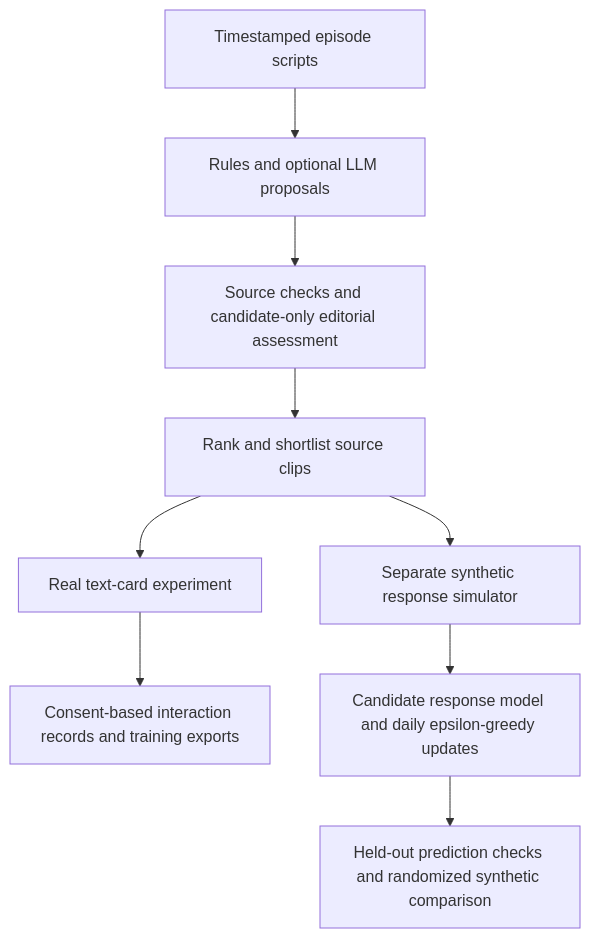
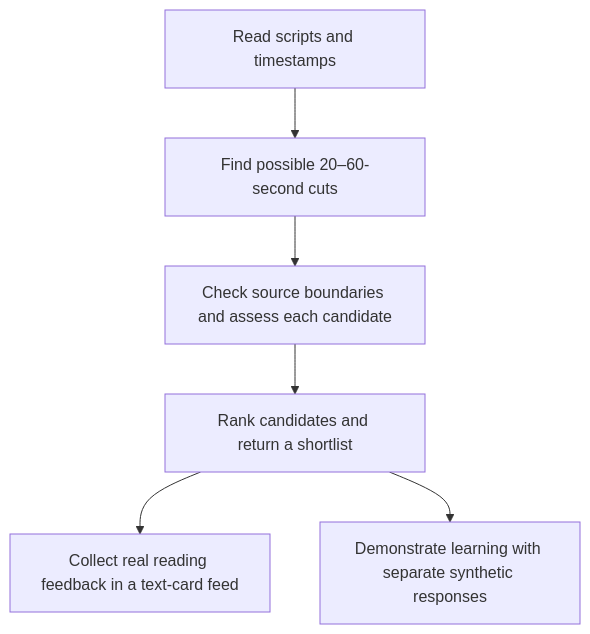
Before and after one commit to akshitmanocha/kuku-assignment-submission: the diagram in README.md, drawn with Mermaid. The commit also changed other lines of this file and 2 other files, not shown here.

````diff
--- a/README.md
+++ b/README.md
@@ -37,11 +41,8 @@
 ```mermaid
 flowchart TD
-    A[Timestamped episode scripts] --> B[Rules and optional LLM proposals]
-    B --> C[Source checks and candidate-only editorial assessment]
-    C --> D[Rank and shortlist source clips]
-    D --> E[Real text-card experiment]
-    E --> F[Consent-based interaction records and training exports]
-    D --> G[Separate synthetic response simulator]
-    G --> H[Candidate response model and daily epsilon-greedy updates]
-    H --> I[Held-out prediction checks and randomized synthetic comparison]
+    A[Read scripts and timestamps] --> B[Find possible 20–60-second cuts]
+    B --> C[Check source boundaries and assess each candidate]
+    C --> D[Rank candidates and return a shortlist]
+    D --> E[Collect real reading feedback in a text-card feed]
+    D --> F[Demonstrate learning with separate synthetic responses]
 ```
````
